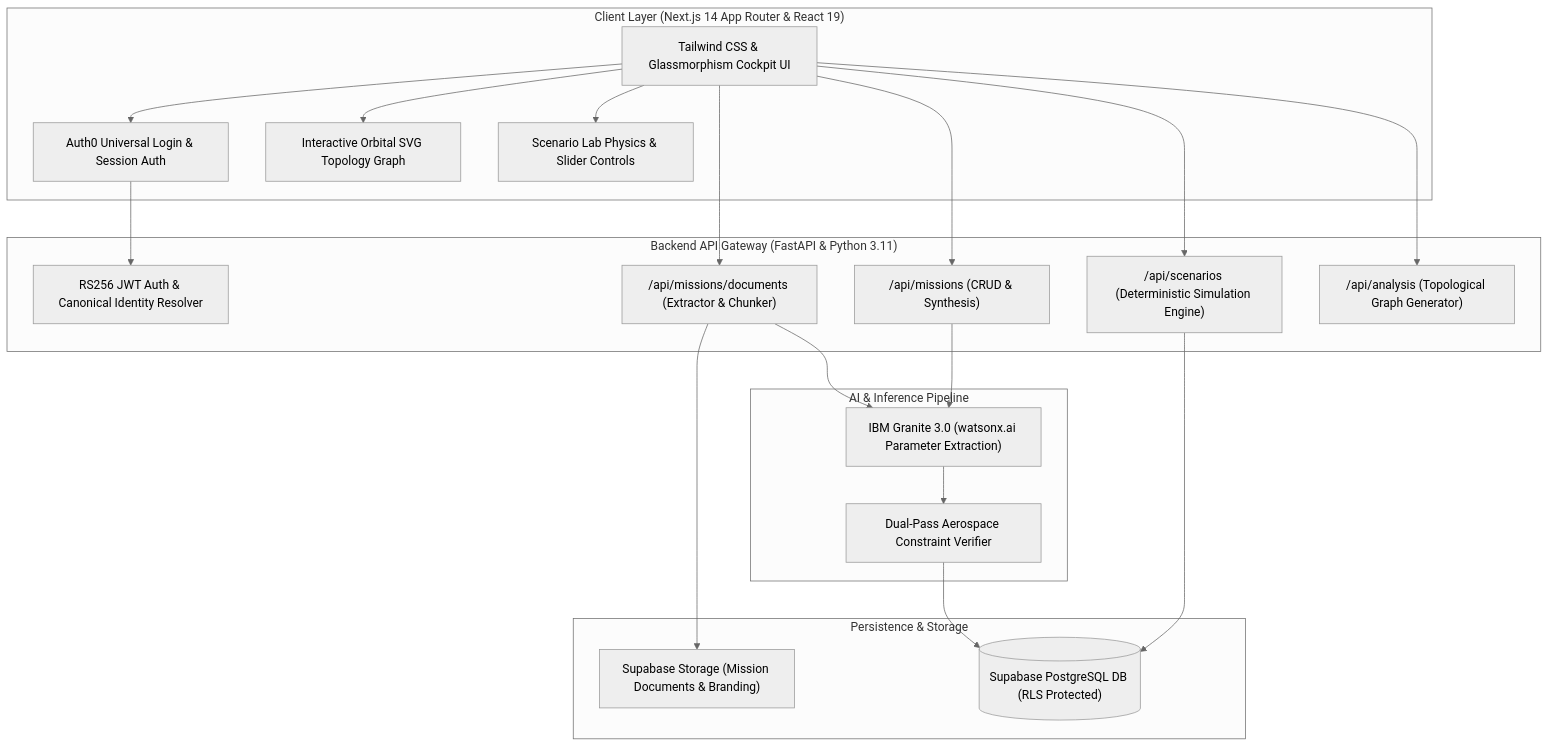
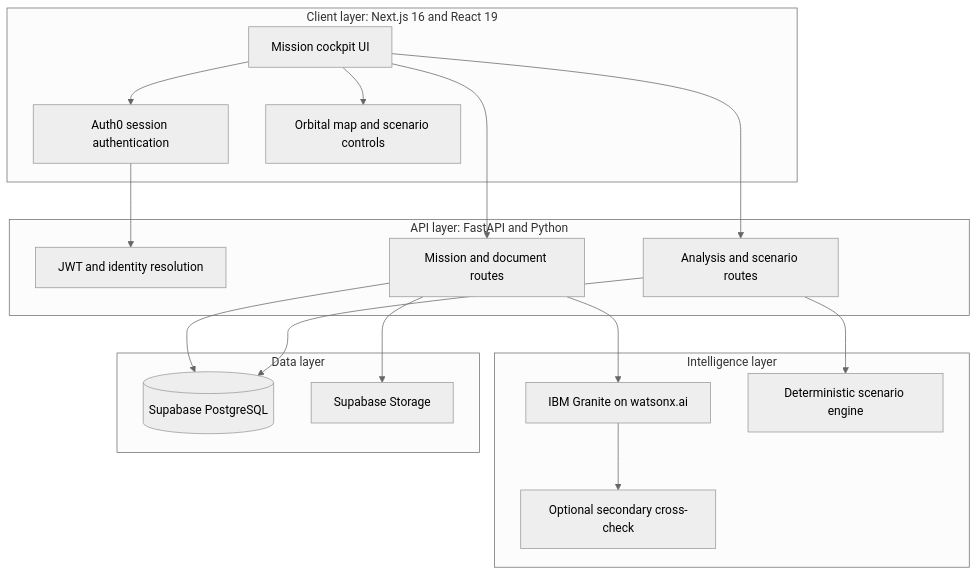
One commit to KaziRahimu123/EnPlanIt changed the second of 2 diagrams in README.md. Above: the diagram before and after it, drawn with Mermaid (neutral theme). The commit also changed other lines of this file, not shown here.

````diff
--- a/README.md
+++ b/README.md
@@ -71,43 +89,37 @@
 ```mermaid
 flowchart TD
-    subgraph Client ["Client Layer (Next.js 14 App Router & React 19)"]
-        UI["Tailwind CSS & Glassmorphism Cockpit UI"]
-        Auth0Client["Auth0 Universal Login & Session Auth"]
-        GraphView["Interactive Orbital SVG Topology Graph"]
-        SimControls["Scenario Lab Physics & Slider Controls"]
+    subgraph Client["Client layer: Next.js 16 and React 19"]
+        UI["Mission cockpit UI"]
+        AuthClient["Auth0 session authentication"]
+        Visuals["Orbital map and scenario controls"]
     end
 
-    subgraph API ["Backend API Gateway (FastAPI & Python 3.11)"]
-        Auth0Middleware["RS256 JWT Auth & Canonical Identity Resolver"]
-        DocRouter["/api/missions/documents (Extractor & Chunker)"]
-        MissionRouter["/api/missions (CRUD & Synthesis)"]
-        ScenarioRouter["/api/scenarios (Deterministic Simulation Engine)"]
-        AnalysisRouter["/api/analysis (Topological Graph Generator)"]
+    subgraph API["API layer: FastAPI and Python"]
+        AuthAPI["JWT and identity resolution"]
+        MissionAPI["Mission and document routes"]
+        AnalysisAPI["Analysis and scenario routes"]
     end
 
-    subgraph AI ["AI & Inference Pipeline"]
-        Granite["IBM Granite 3.0 (watsonx.ai Parameter Extraction)"]
-        Verifier["Dual-Pass Aerospace Constraint Verifier"]
+    subgraph Intelligence["Intelligence layer"]
+        Granite["IBM Granite on watsonx.ai"]
+        Verifier["Optional secondary cross-check"]
+        Physics["Deterministic scenario engine"]
     end
 
-    subgraph Storage ["Persistence & Storage"]
-        SupabaseDB[("Supabase PostgreSQL DB (RLS Protected)")]
-        SupabaseStorage["Supabase Storage (Mission Documents & Branding)"]
+    subgraph Data["Data layer"]
+        Database[("Supabase PostgreSQL")]
+        Storage["Supabase Storage"]
     end
 
-    UI --> Auth0Client
-    UI --> GraphView
-    UI --> SimControls
-    Auth0Client --> Auth0Middleware
-    UI --> DocRouter
-    UI --> MissionRouter
-    UI --> ScenarioRouter
-    UI --> AnalysisRouter
-
-    DocRouter --> SupabaseStorage
-    DocRouter --> Granite
-    MissionRouter --> Granite
+    UI --> AuthClient
+    UI --> Visuals
+    AuthClient --> AuthAPI
+    UI --> MissionAPI
+    UI --> AnalysisAPI
+    MissionAPI --> Granite
     Granite --> Verifier
-    Verifier --> SupabaseDB
-    ScenarioRouter --> SupabaseDB
+    AnalysisAPI --> Physics
+    MissionAPI --> Database
+    AnalysisAPI --> Database
+    MissionAPI --> Storage
 ```
````
